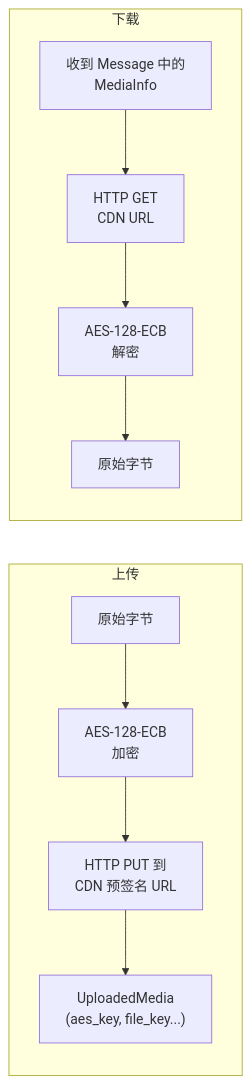
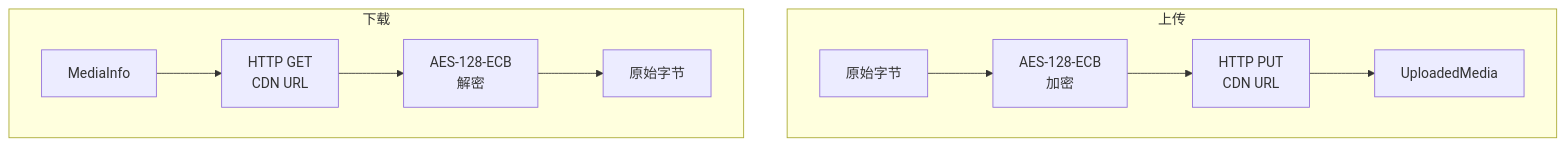
The sixth of 9 diagrams in docs/architecture.md (Oaklight/weilink), drawn with Mermaid before and after one commit. The commit also changed other lines of this file, not shown here.

Commit message:
Compact send routing diagram, side-by-side CDN pipeline subgraphs

````diff
--- a/docs/architecture.md
+++ b/docs/architecture.md
@@ -153,14 +152,16 @@
 ```mermaid
-flowchart LR
+flowchart TB
     subgraph 上传
+        direction LR
         A1[原始字节] --> A2["AES-128-ECB<br/>加密"]
-        A2 --> A3["HTTP PUT 到<br/>CDN 预签名 URL"]
-        A3 --> A4["UploadedMedia<br/>(aes_key, file_key...)"]
+        A2 --> A3["HTTP PUT<br/>CDN URL"]
+        A3 --> A4["UploadedMedia"]
     end
 
     subgraph 下载
-        B1["收到 Message 中的<br/>MediaInfo"] --> B2["HTTP GET<br/>CDN URL"]
+        direction LR
+        B1["MediaInfo"] --> B2["HTTP GET<br/>CDN URL"]
         B2 --> B3["AES-128-ECB<br/>解密"]
         B3 --> B4[原始字节]
     end
 ```
````
